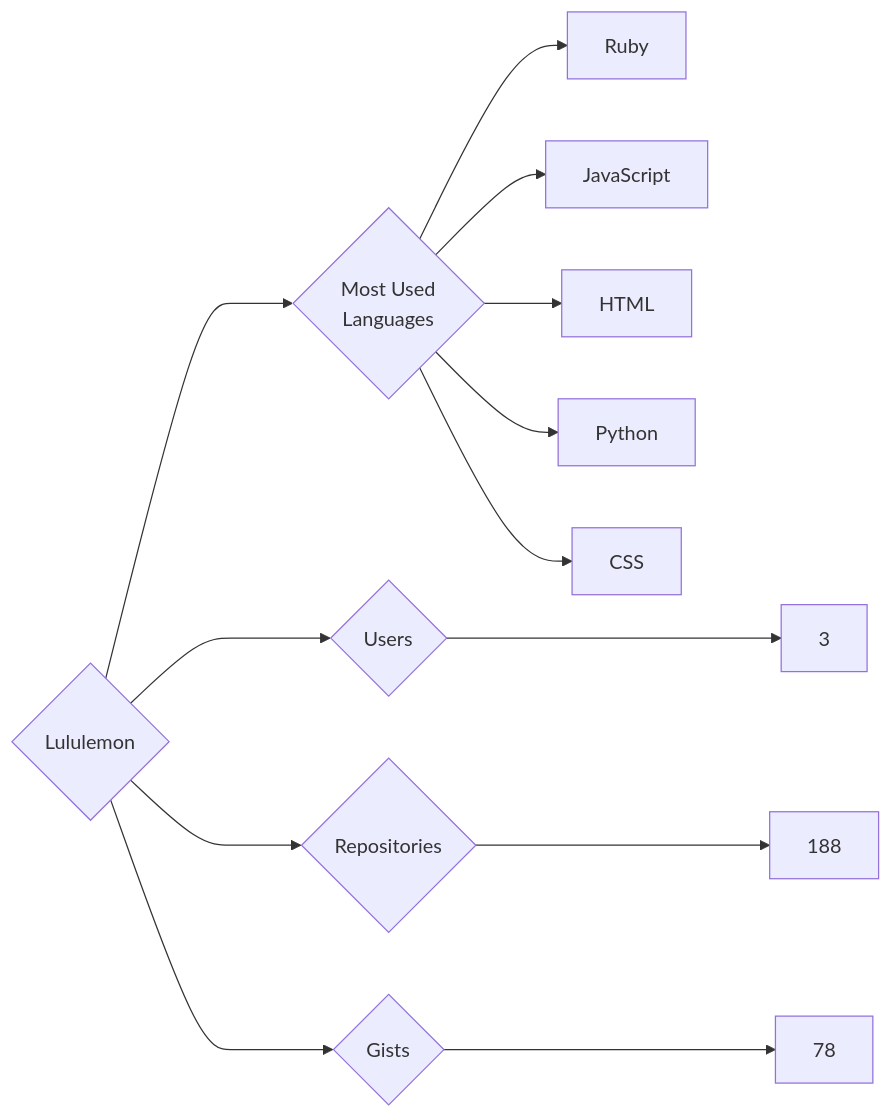
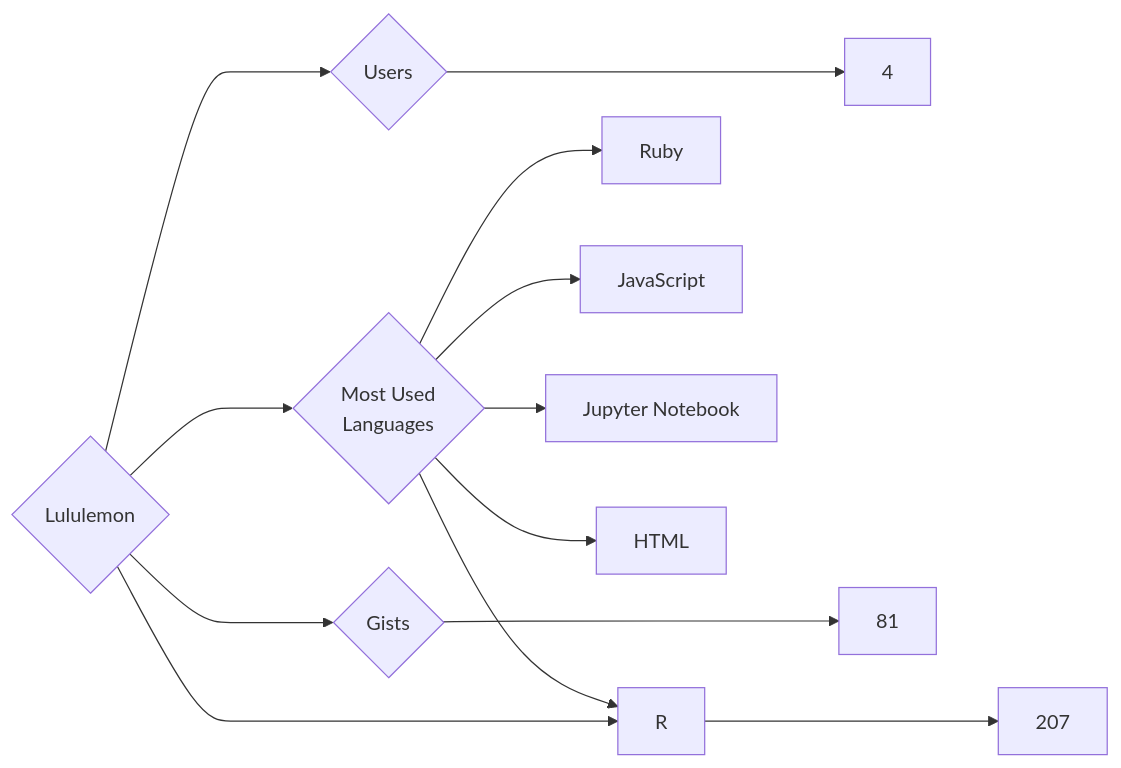
The diagram in targets/Lululemon/README.md (trickest/insiders), drawn with Mermaid before and after one commit. The commit also changed 681 other files, not shown here.

````diff
--- a/targets/Lululemon/README.md
+++ b/targets/Lululemon/README.md
@@ -3,13 +3,13 @@
 ```mermaid
 graph LR
 COMPANY_NAME{Lululemon}
-COMPANY_NAME ---> U{Users} ---> UN[3]
-COMPANY_NAME ---> R{Repositories} ---> RN[188]
-COMPANY_NAME ---> G{Gists} ---> GN[78]
+COMPANY_NAME ---> U{Users} ---> UN[4]
+COMPANY_NAME ---> R{Repositories} ---> RN[207]
+COMPANY_NAME ---> G{Gists} ---> GN[81]
 COMPANY_NAME ---> ML{Most Used<br>Languages}
 ML --> Ruby[Ruby]
 ML --> JavaScript[JavaScript]
+ML --> Jupyter_Notebook[Jupyter Notebook]
 ML --> HTML[HTML]
-ML --> Python[Python]
-ML --> CSS[CSS]
+ML --> R[R]
 ```
````
